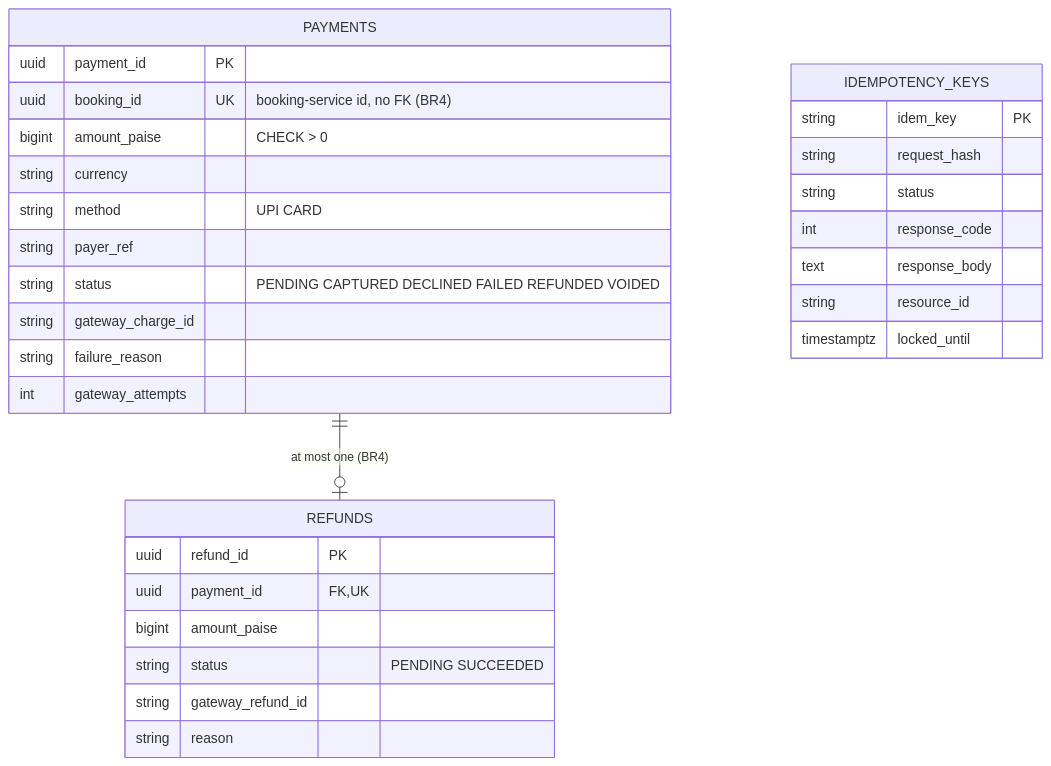
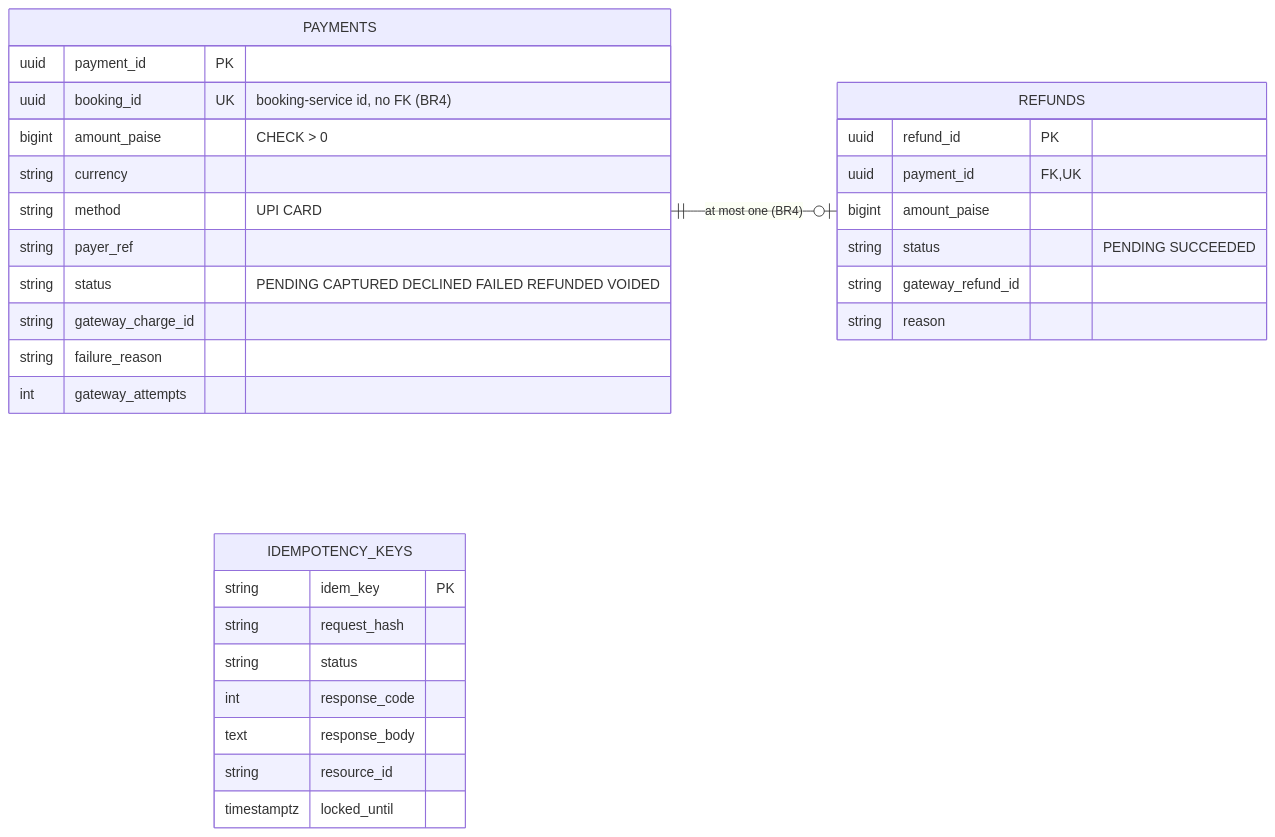
One commit to spaceman-dev/tatkal-booking-microservices changed the diagram in docs/diagrams/er-payment.mmd. Above: the diagram before and after it, drawn with Mermaid. The commit also changed 24 other files, not shown here.

```diff
--- a/docs/diagrams/er-payment.mmd
+++ b/docs/diagrams/er-payment.mmd
@@ -1,31 +1,32 @@
 erDiagram
+    direction LR
     PAYMENTS ||--o| REFUNDS : "at most one (BR4)"
     PAYMENTS {
         uuid payment_id PK
         uuid booking_id UK "booking-service id, no FK (BR4)"
         bigint amount_paise "CHECK > 0"
         string currency
         string method "UPI CARD"
         string payer_ref
         string status "PENDING CAPTURED DECLINED FAILED REFUNDED VOIDED"
         string gateway_charge_id
         string failure_reason
         int gateway_attempts
     }
     REFUNDS {
         uuid refund_id PK
         uuid payment_id FK, UK
         bigint amount_paise
         string status "PENDING SUCCEEDED"
         string gateway_refund_id
         string reason
     }
     IDEMPOTENCY_KEYS {
         string idem_key PK
         string request_hash
         string status
         int response_code
         text response_body
         string resource_id
         timestamptz locked_until
     }
```
